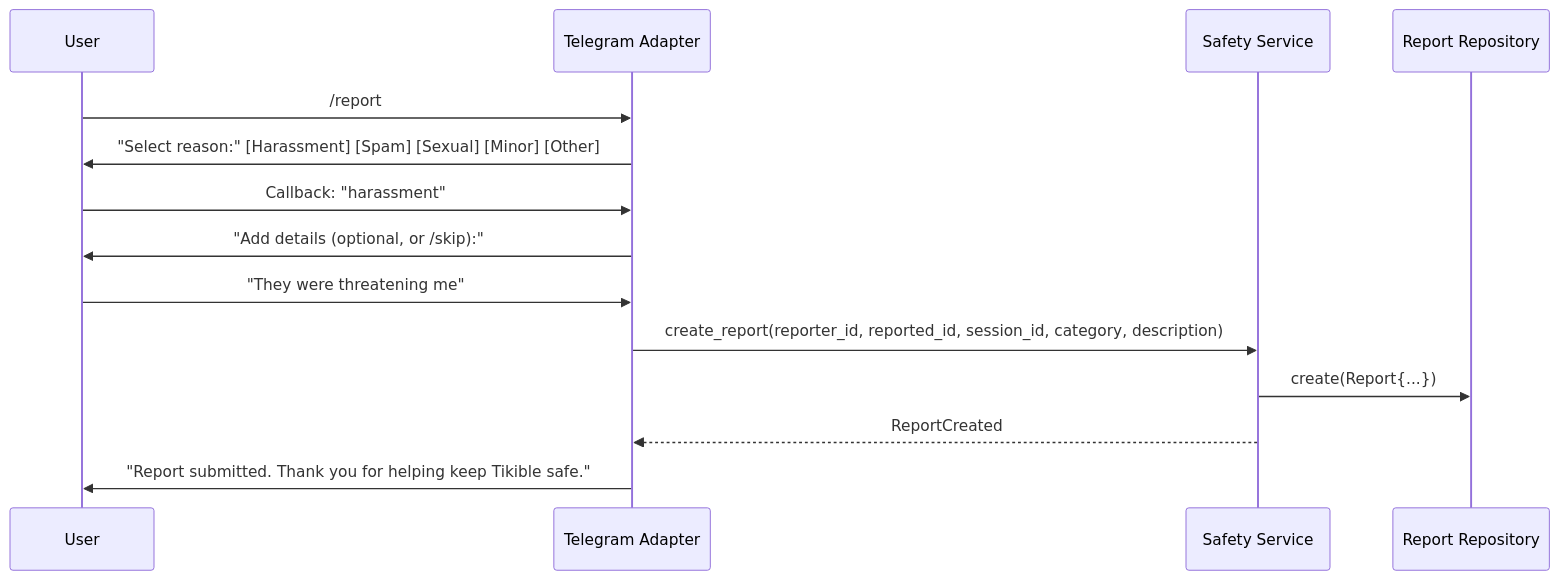
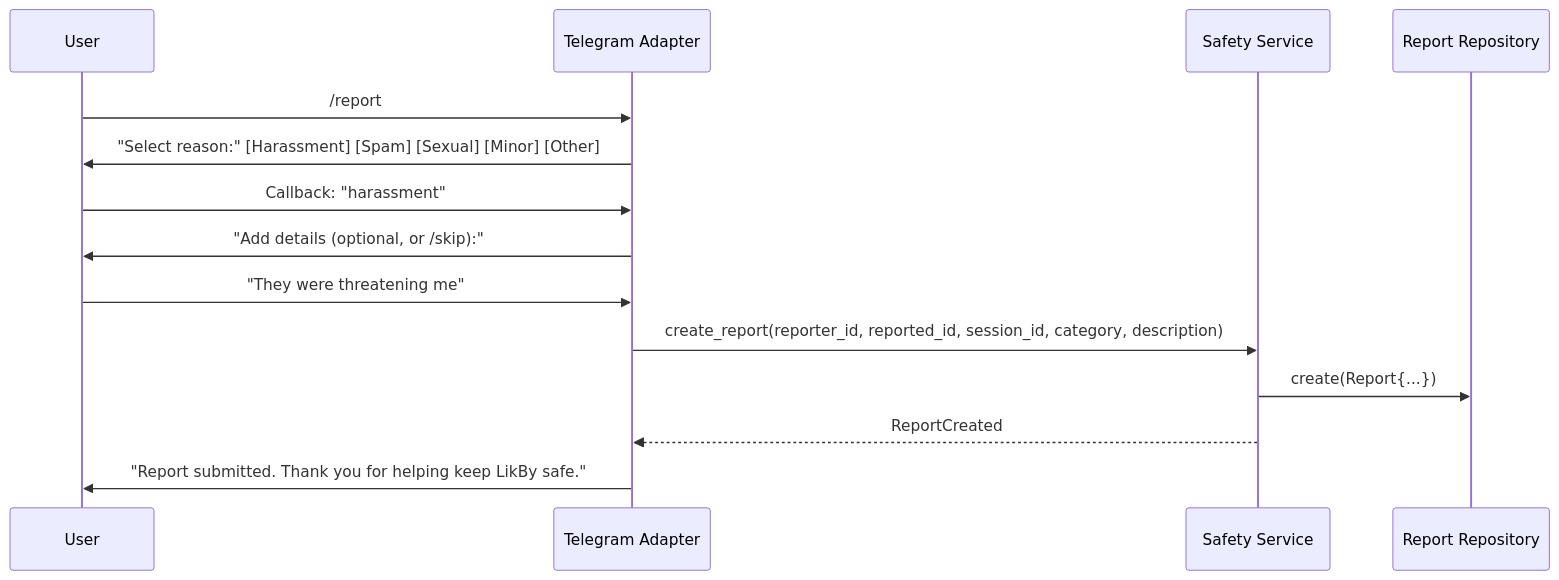
One commit to likby-dev/LikBy changed the tenth of 15 diagrams in docs/09-data-flow.md. Above: the diagram before and after it, drawn with Mermaid. The commit also changed other lines of this file and 131 other files, not shown here.

Commit message:
refactor: rename project, package, and documentation from tikible to LikBy

````diff
--- a/docs/09-data-flow.md
+++ b/docs/09-data-flow.md
@@ -321,18 +321,18 @@
 ```mermaid
 sequenceDiagram
     participant U as User
     participant A as Telegram Adapter
     participant SS as Safety Service
     participant RR as Report Repository
 
     U->>A: /report
     A->>U: "Select reason:" [Harassment] [Spam] [Sexual] [Minor] [Other]
     U->>A: Callback: "harassment"
     A->>U: "Add details (optional, or /skip):"
     U->>A: "They were threatening me"
 
     A->>SS: create_report(reporter_id, reported_id, session_id, category, description)
     SS->>RR: create(Report{...})
     SS-->>A: ReportCreated
-    A->>U: "Report submitted. Thank you for helping keep Tikible safe."
+    A->>U: "Report submitted. Thank you for helping keep LikBy safe."
 ```
````
